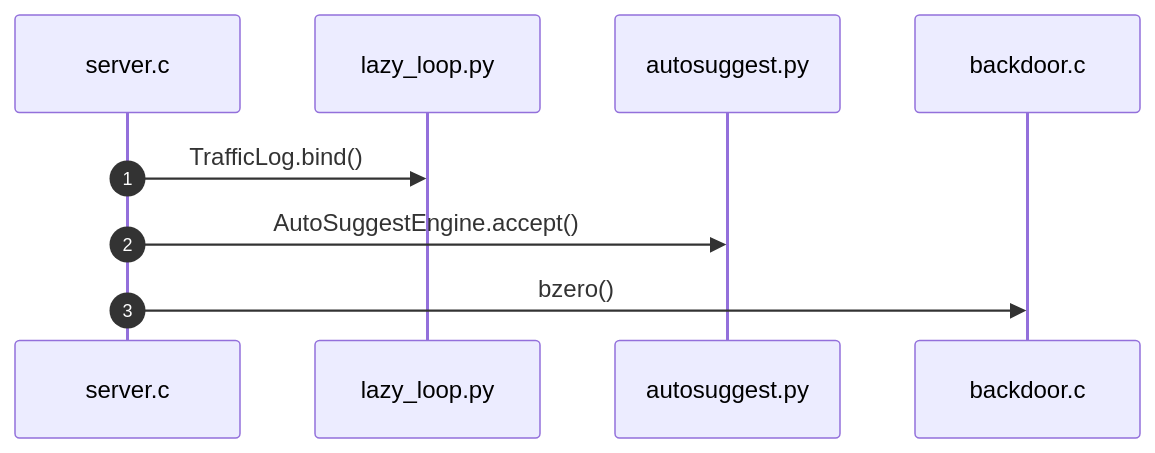
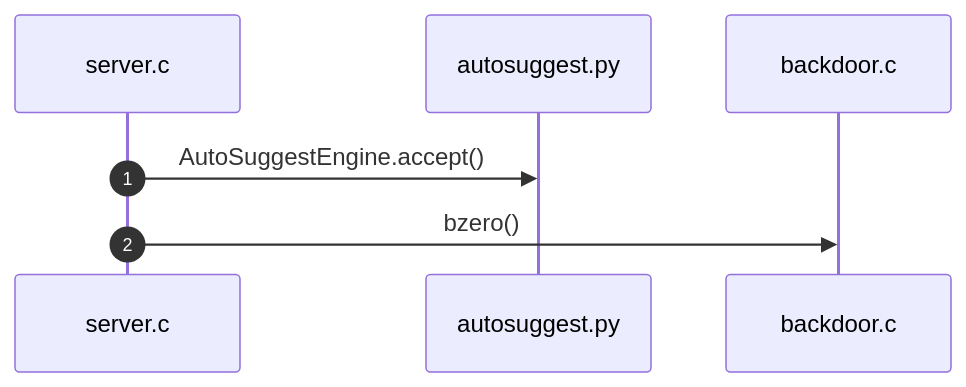
The third of 6 diagrams in readmenator-apidocs/architecture.md (grisuno/LazyOwn), drawn with Mermaid before and after one commit. The commit also changed other lines of this file and 464 other files, not shown here.

````diff
--- a/readmenator-apidocs/architecture.md
+++ b/readmenator-apidocs/architecture.md
@@ -208,11 +201,9 @@
 ```mermaid
 sequenceDiagram
     autonumber
     participant p_modules_backdoor_server_c as server.c
-    participant p_modules_lazy_loop_py as lazy_loop.py
     participant p_cli_autosuggest_py as autosuggest.py
     participant p_modules_backdoor_backdoor_c as backdoor.c
-    p_modules_backdoor_server_c->>p_modules_lazy_loop_py: TrafficLog.bind()
     p_modules_backdoor_server_c->>p_cli_autosuggest_py: AutoSuggestEngine.accept()
     p_modules_backdoor_server_c->>p_modules_backdoor_backdoor_c: bzero()
 ```
````
